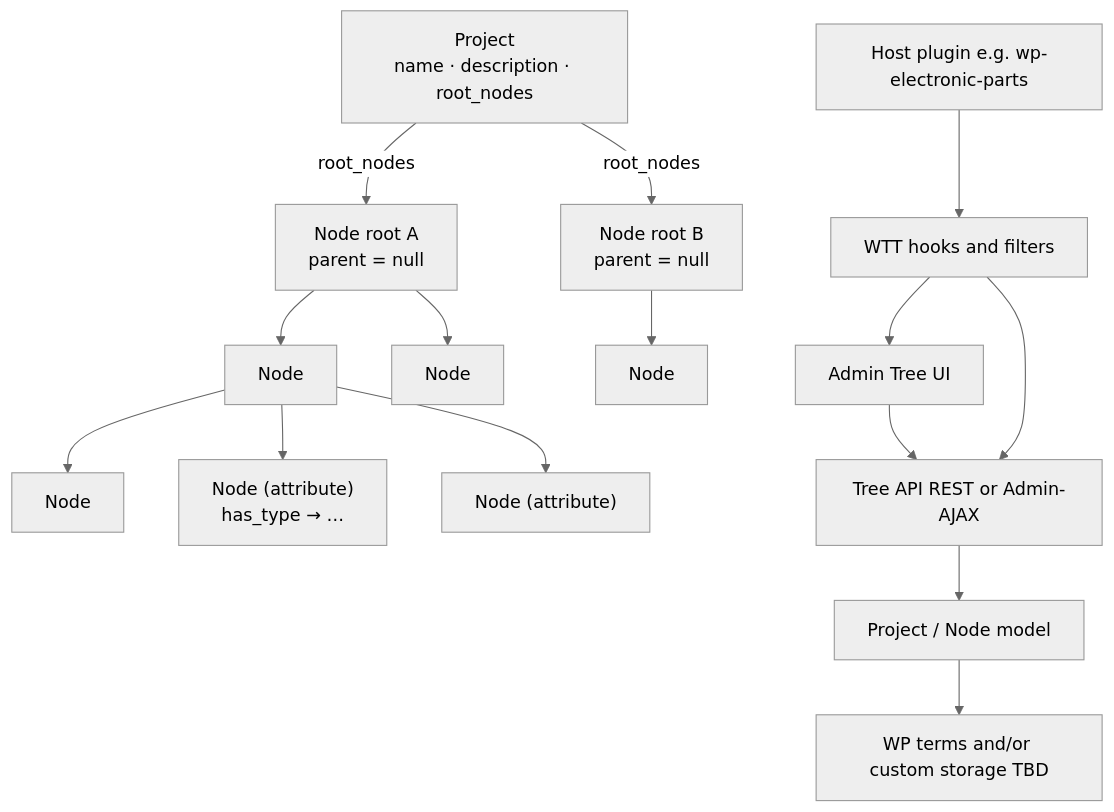
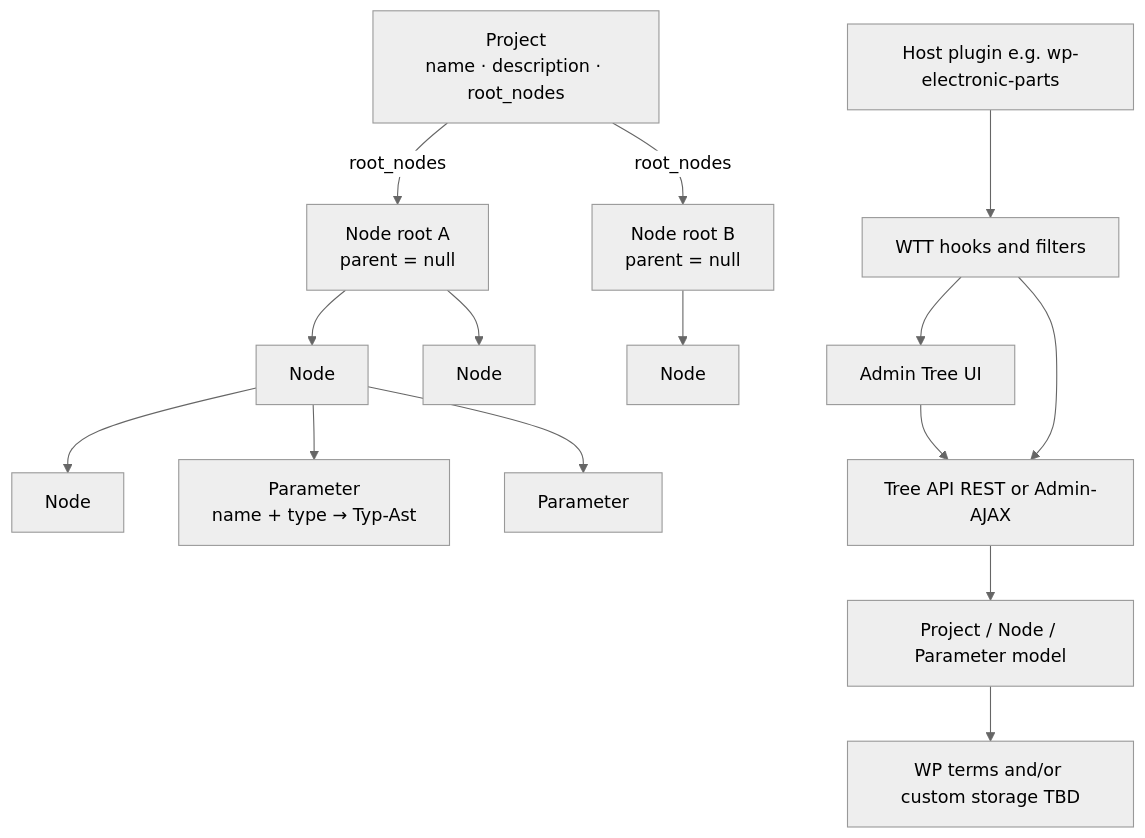
The first of 2 diagrams in docs/ARCHITECTURE.md (sfambach/wp-taxonomy-modeler), drawn with Mermaid (neutral theme) before and after one commit. The commit also changed other lines of this file and 9 other files, not shown here.

````diff
--- a/docs/ARCHITECTURE.md
+++ b/docs/ARCHITECTURE.md
@@ -13,19 +13,19 @@
 ```mermaid
 flowchart TB
   Project["Project<br/>name · description · root_nodes"]
   Project -->|root_nodes| R1["Node root A<br/>parent = null"]
   Project -->|root_nodes| R2["Node root B<br/>parent = null"]
   R1 --> C1[Node]
   R1 --> C2[Node]
   C1 --> G1[Node]
   R2 --> C3[Node]
-  C1 --> A1["Node (attribute)<br/>has_type → …"]
-  C1 --> A2["Node (attribute)"]
+  C1 --> A1["Parameter<br/>name + type → Typ-Ast"]
+  C1 --> A2["Parameter"]
 
   Host[Host plugin e.g. wp-electronic-parts] --> Hooks[WTT hooks and filters]
   Admin[Admin Tree UI] --> API[Tree API REST or Admin-AJAX]
-  API --> Model[Project / Node model]
+  API --> Model[Project / Node / Parameter model]
   Model --> Storage[WP terms and/or custom storage TBD]
   Hooks --> Admin
   Hooks --> API
 ```
````
